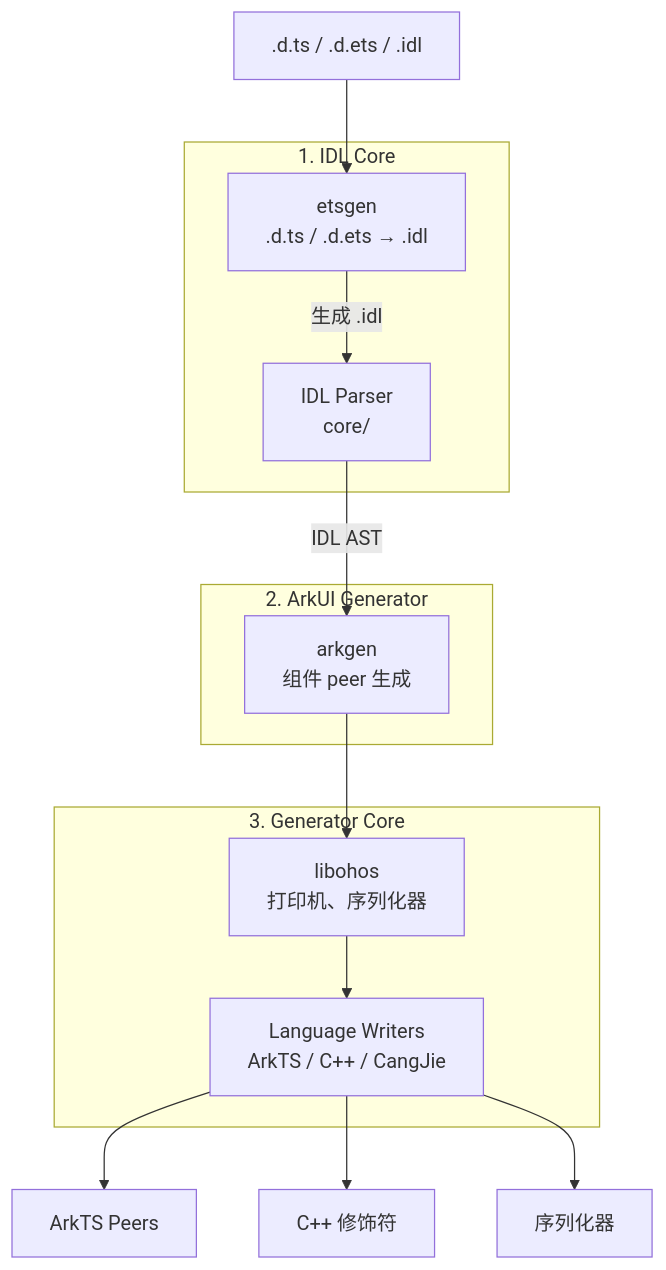
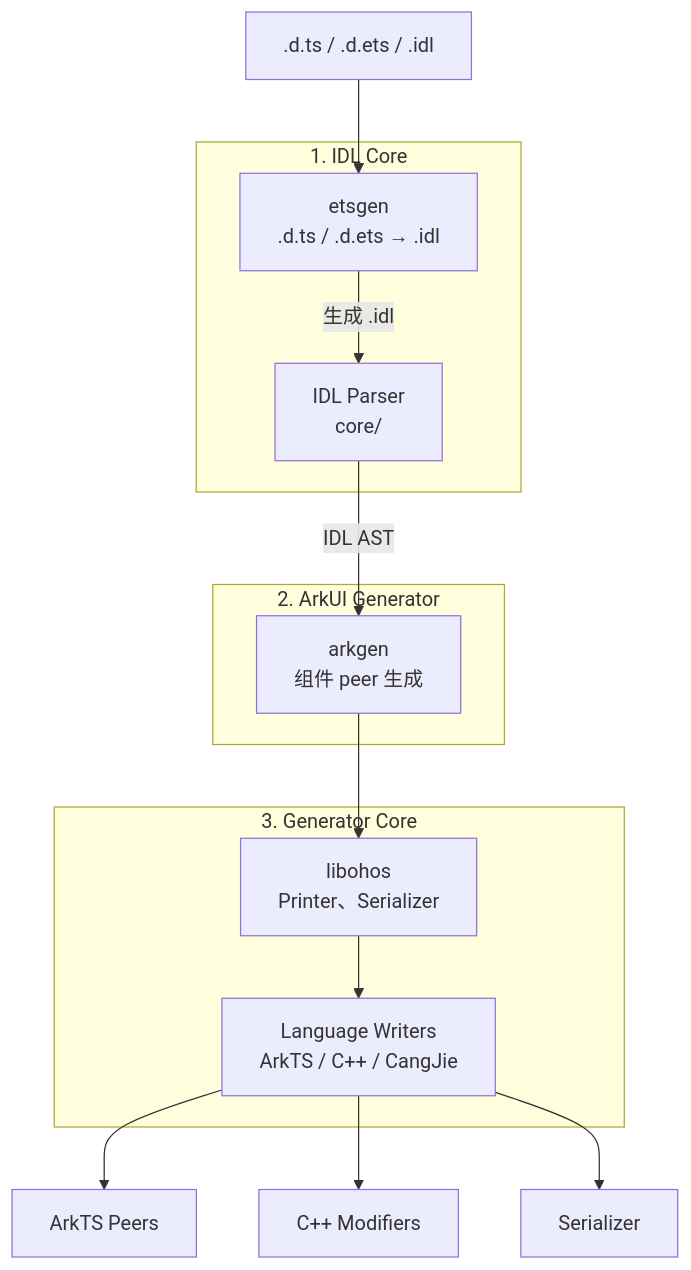
The diagram in README_zh.md (openharmony/arkui_idlize), drawn with Mermaid before and after one commit. The commit also changed other lines of this file and 4 other files, not shown here.

````diff
--- a/README_zh.md
+++ b/README_zh.md
@@ -14,25 +14,25 @@
 ```mermaid
 graph TD
     subgraph "1. IDL Core"
         etsgen["etsgen<br/>.d.ts / .d.ets → .idl"]
         parser["IDL Parser<br/>core/"]
         etsgen -->|"生成 .idl"| parser
     end
 
     subgraph "2. ArkUI Generator"
         arkgen["arkgen<br/>组件 peer 生成"]
     end
 
     subgraph "3. Generator Core"
-        libohos["libohos<br/>打印机、序列化器"]
+        libohos["libohos<br/>Printer、Serializer"]
         writer["Language Writers<br/>ArkTS / C++ / CangJie"]
         libohos --> writer
     end
 
     input[".d.ts / .d.ets / .idl"] --> etsgen
     parser -->|"IDL AST"| arkgen
     arkgen --> libohos
     writer --> peers["ArkTS Peers"]
-    writer --> modifiers["C++ 修饰符"]
-    writer --> serializers["序列化器"]
+    writer --> modifiers["C++ Modifiers"]
+    writer --> serializers["Serializer"]
 ```
````
